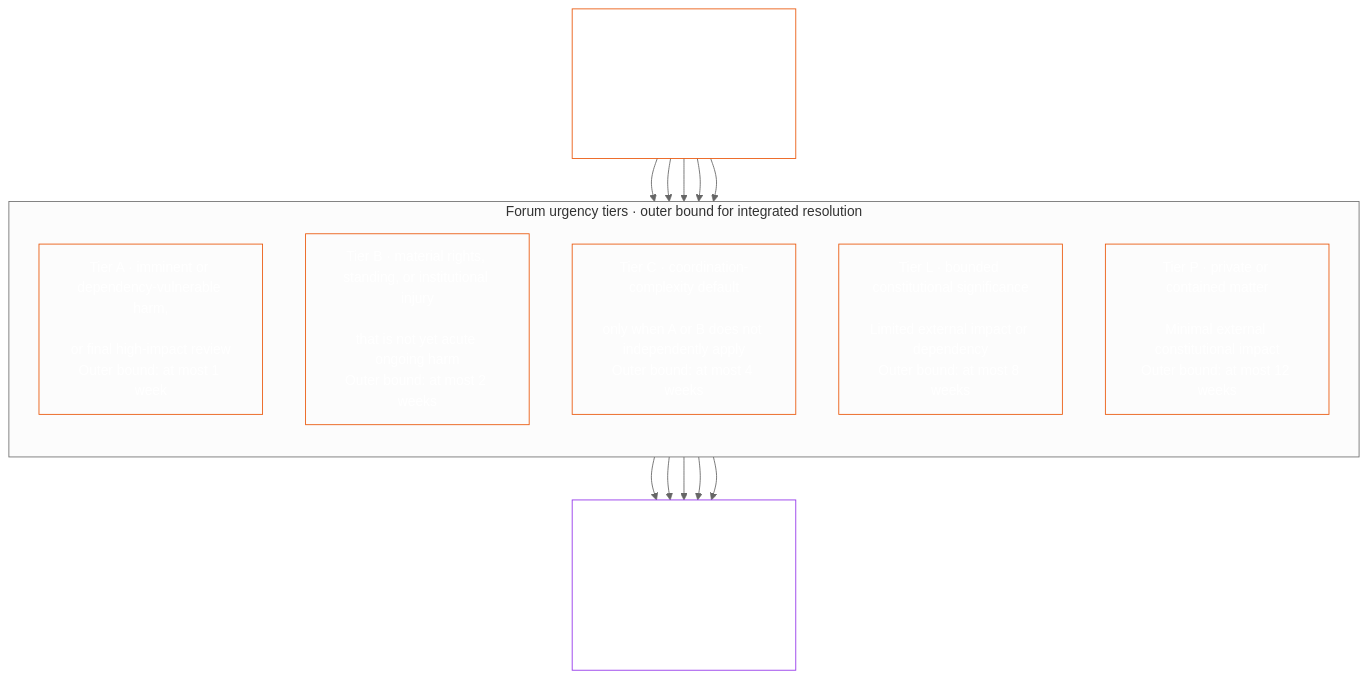
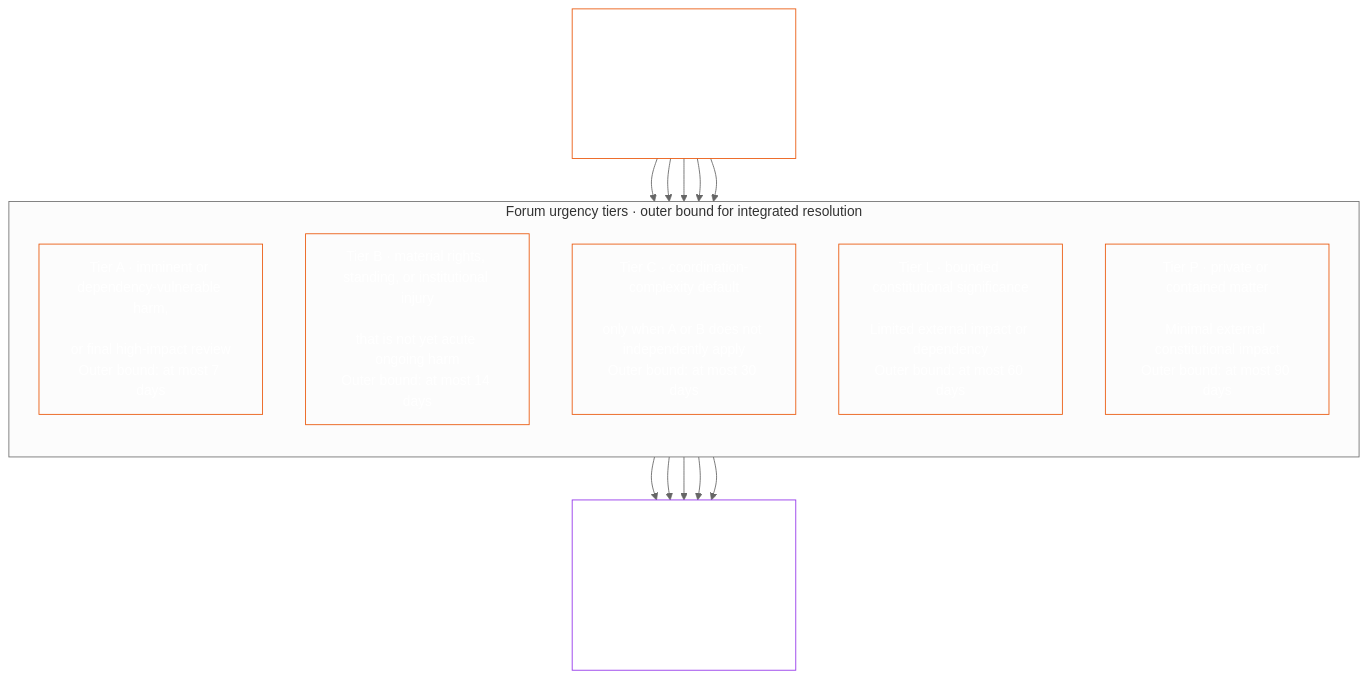
Diagram 20 of 24 in guides/CONCEPTUAL_OVERVIEW.md (kfoelsch/Sentient_Constitution), drawn with Mermaid (neutral theme) before and after one commit. The commit also changed other lines of this file and 20 other files, not shown here.

````diff
--- a/guides/CONCEPTUAL_OVERVIEW.md
+++ b/guides/CONCEPTUAL_OVERVIEW.md
@@ -976,30 +976,30 @@
 ```mermaid
 flowchart TB
     M["Materiality determination<br/><br/>Classify urgency from harm, dependency,<br/>rights impact, and coordination burden"]
     subgraph Tiers["Forum urgency tiers · outer bound for integrated resolution"]
         direction TB
-        A["Tier A · imminent or dependency-vulnerable harm,<br/><br/>or final high-impact review<br/>Outer bound: at most 1 week"]
-        B["Tier B · material rights, standing, or institutional injury<br/><br/>that is not yet acute ongoing harm<br/>Outer bound: at most 2 weeks"]
-        C["Tier C · coordination-complexity default<br/><br/>only when A or B does not independently apply<br/>Outer bound: at most 4 weeks"]
-        L["Tier L · bounded constitutional significance<br/><br/>Limited external impact or dependency<br/>Outer bound: at most 8 weeks"]
-        P["Tier P · private or contained matter<br/><br/>Minimal external constitutional impact<br/>Outer bound: at most 12 weeks"]
+        A["Tier A · imminent or dependency-vulnerable harm,<br/><br/>or final high-impact review<br/>Outer bound: at most 7 days"]
+        B["Tier B · material rights, standing, or institutional injury<br/><br/>that is not yet acute ongoing harm<br/>Outer bound: at most 14 days"]
+        C["Tier C · coordination-complexity default<br/><br/>only when A or B does not independently apply<br/>Outer bound: at most 30 days"]
+        L["Tier L · bounded constitutional significance<br/><br/>Limited external impact or dependency<br/>Outer bound: at most 60 days"]
+        P["Tier P · private or contained matter<br/><br/>Minimal external constitutional impact<br/>Outer bound: at most 90 days"]
     end
     Clock["Published stage clocks<br/><br/>Intake · evidence preservation · verified finding<br/>measurement · integration · remedy commencement"]
     M --> A
     M --> B
     M --> C
     M --> L
     M --> P
     A --> Clock
     B --> Clock
     C --> Clock
     L --> Clock
     P --> Clock
     style M fill:none,stroke:#ea580c,color:#ffffff
     style A fill:none,stroke:#ea580c,color:#ffffff
     style B fill:none,stroke:#ea580c,color:#ffffff
     style C fill:none,stroke:#ea580c,color:#ffffff
     style L fill:none,stroke:#ea580c,color:#ffffff
     style P fill:none,stroke:#ea580c,color:#ffffff
     style Clock fill:none,stroke:#9333ea,color:#ffffff
 ```
````
